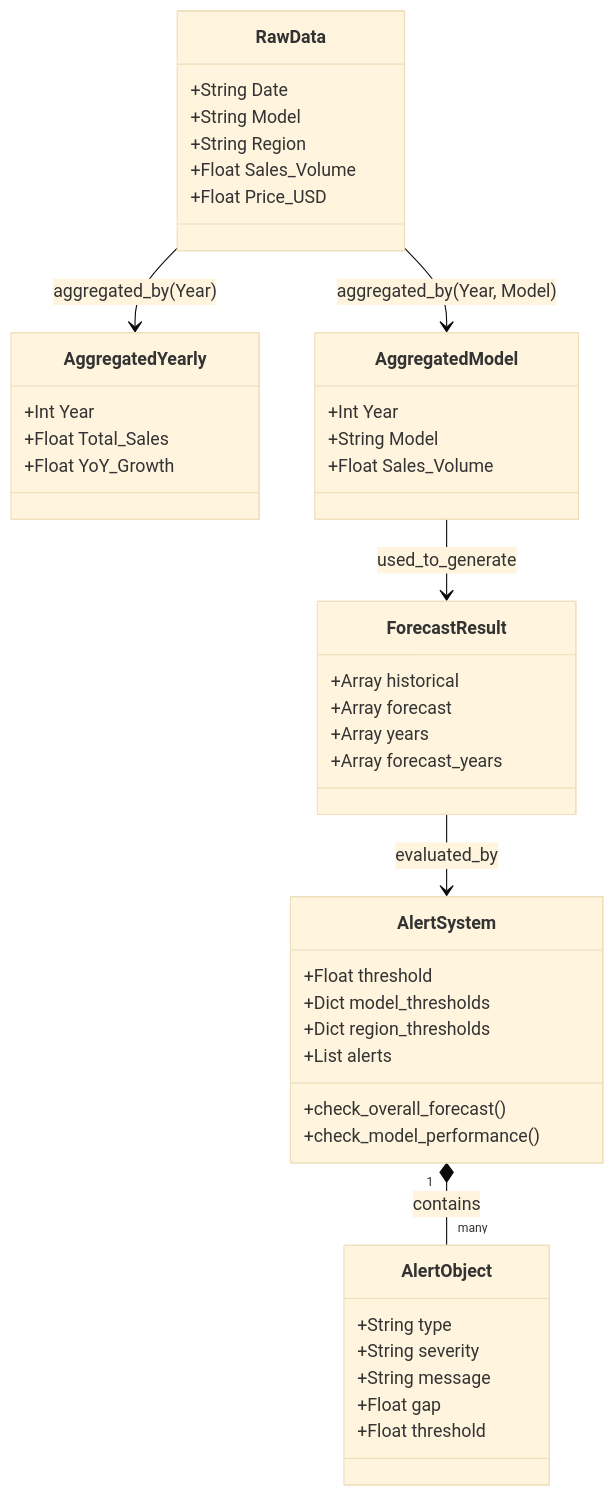
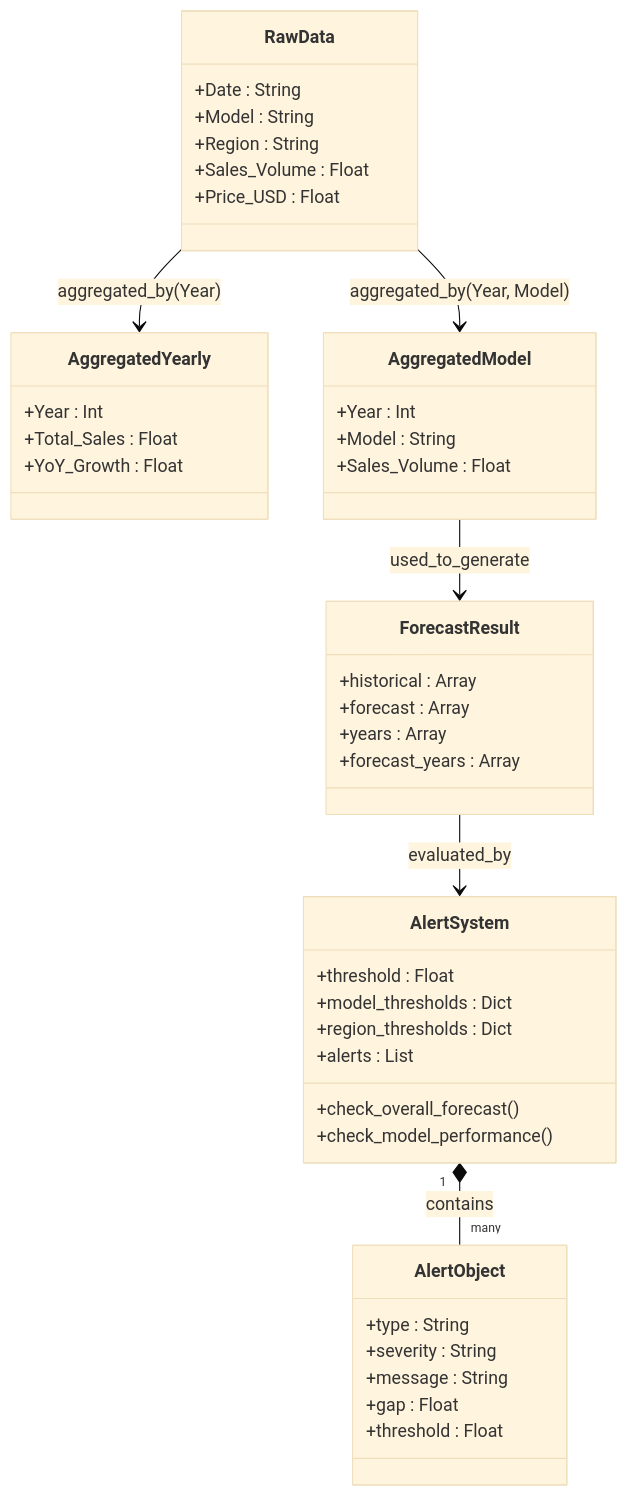
Before and after one commit to StephenEastham/bmw-sales-forecast: the diagram in project-documents/py/mermaid_scripts/data_schema.md, drawn with Mermaid (base theme). The commit also changed 5 other files, not shown here.

Commit message:
fixing flowchart generator

````diff
--- a/project-documents/py/mermaid_scripts/data_schema.md
+++ b/project-documents/py/mermaid_scripts/data_schema.md
@@ -2,53 +1,55 @@
 ```mermaid
 classDiagram
-    %% Level 2 Abstraction: Data Entities
-    class RawData {
-        +String Date
-        +String Model
-        +String Region
-        +Float Sales_Volume
-        +Float Price_USD
-    }
 
-    class AggregatedYearly {
-        +Int Year
-        +Float Total_Sales
-        +Float YoY_Growth
-    }
+%% Level 2 Abstraction: Data Entities
+class RawData {
+    +Date : String
+    +Model : String
+    +Region : String
+    +Sales_Volume : Float
+    +Price_USD : Float
+}
 
-    class AggregatedModel {
-        +Int Year
-        +String Model
-        +Float Sales_Volume
-    }
+class AggregatedYearly {
+    +Year : Int
+    +Total_Sales : Float
+    +YoY_Growth : Float
+}
 
-    class AlertSystem {
-        +Float threshold
-        +Dict model_thresholds
-        +Dict region_thresholds
-        +List alerts
-        +check_overall_forecast()
-        +check_model_performance()
-    }
+class AggregatedModel {
+    +Year : Int
+    +Model : String
+    +Sales_Volume : Float
+}
 
-    class AlertObject {
-        +String type
-        +String severity
-        +String message
-        +Float gap
-        +Float threshold
-    }
+class AlertSystem {
+    +threshold : Float
+    +model_thresholds : Dict
+    +region_thresholds : Dict
+    +alerts : List
+    +check_overall_forecast()
+    +check_model_performance()
+}
 
-    class ForecastResult {
-        +Array historical
-        +Array forecast
-        +Array years
-        +Array forecast_years
-    }
+class AlertObject {
+    +type : String
+    +severity : String
+    +message : String
+    +gap : Float
+    +threshold : Float
+}
 
-    RawData --> AggregatedYearly : aggregated_by(Year)
-    RawData --> AggregatedModel : aggregated_by(Year, Model)
-    AlertSystem "1" *-- "many" AlertObject : contains
-    AggregatedModel --> ForecastResult : used_to_generate
-    ForecastResult --> AlertSystem : evaluated_by
+class ForecastResult {
+    +historical : Array
+    +forecast : Array
+    +years : Array
+    +forecast_years : Array
+}
+
+RawData --> AggregatedYearly : aggregated_by(Year)
+RawData --> AggregatedModel : aggregated_by(Year, Model)
+AlertSystem "1" *-- "many" AlertObject : contains
+AggregatedModel --> ForecastResult : used_to_generate
+ForecastResult --> AlertSystem : evaluated_by
+ 
 ```
````
